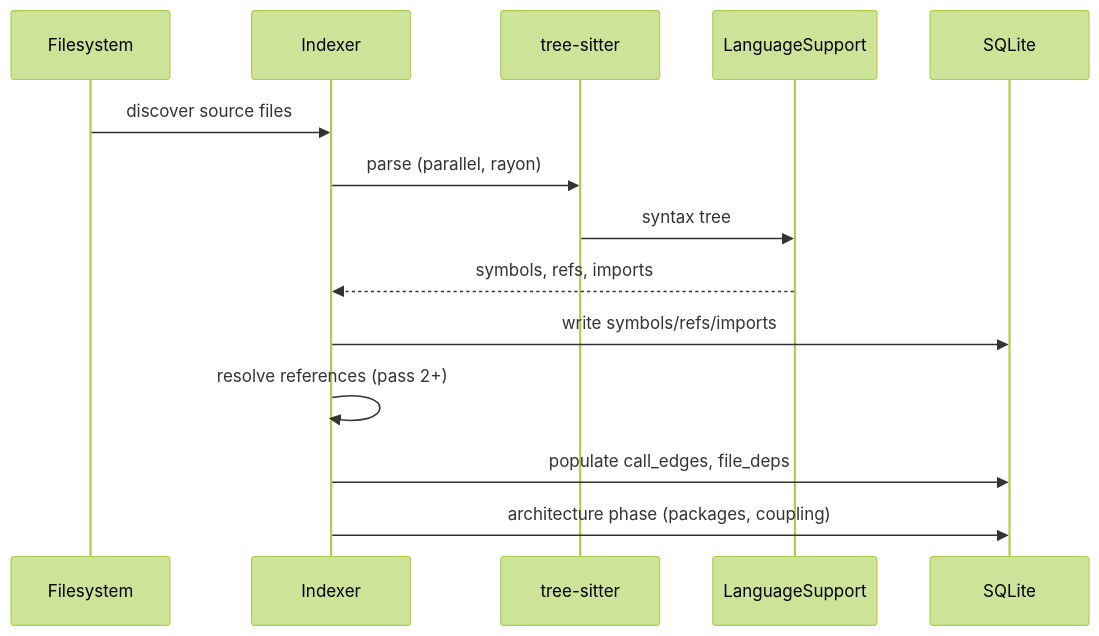
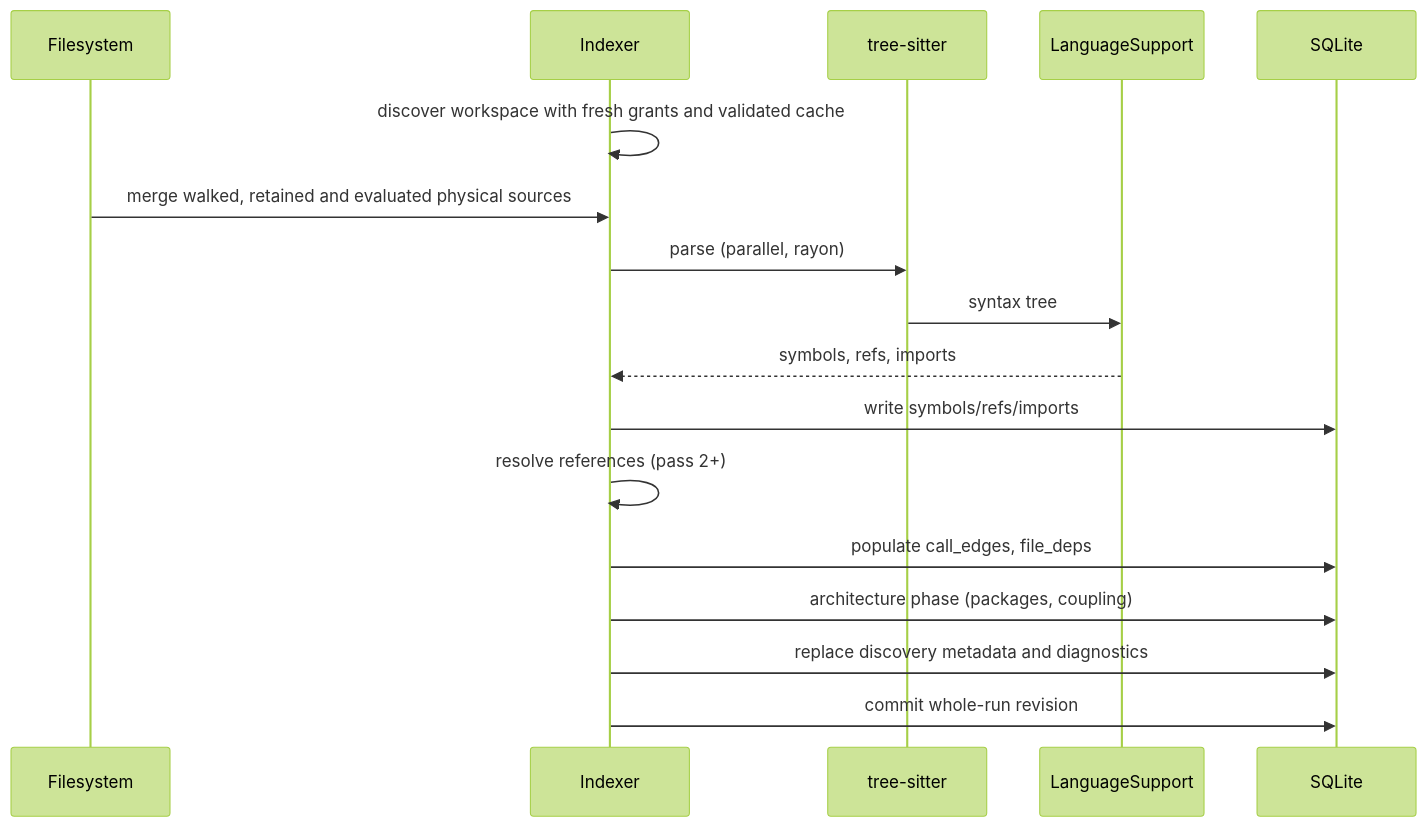
One commit to dwalleck/tethys changed the fifth of 5 diagrams in .agents/summary/architecture.md. Above: the diagram before and after it, drawn with Mermaid (forest theme). The commit also changed other lines of this file and 74 other files, not shown here.

Commit message:
feat(discovery): publish evaluated workspace revisions

````diff
--- a/.agents/summary/architecture.md
+++ b/.agents/summary/architecture.md
@@ -157,16 +193,19 @@
 ```mermaid
 sequenceDiagram
     participant FS as Filesystem
     participant IDX as Indexer
     participant TS as tree-sitter
     participant LANG as LanguageSupport
     participant DB as SQLite
-    FS->>IDX: discover source files
+    IDX->>IDX: discover workspace with fresh grants and validated cache
+    FS->>IDX: merge walked, retained and evaluated physical sources
     IDX->>TS: parse (parallel, rayon)
     TS->>LANG: syntax tree
     LANG-->>IDX: symbols, refs, imports
     IDX->>DB: write symbols/refs/imports
     IDX->>IDX: resolve references (pass 2+)
     IDX->>DB: populate call_edges, file_deps
     IDX->>DB: architecture phase (packages, coupling)
+    IDX->>DB: replace discovery metadata and diagnostics
+    IDX->>DB: commit whole-run revision
 ```
````
